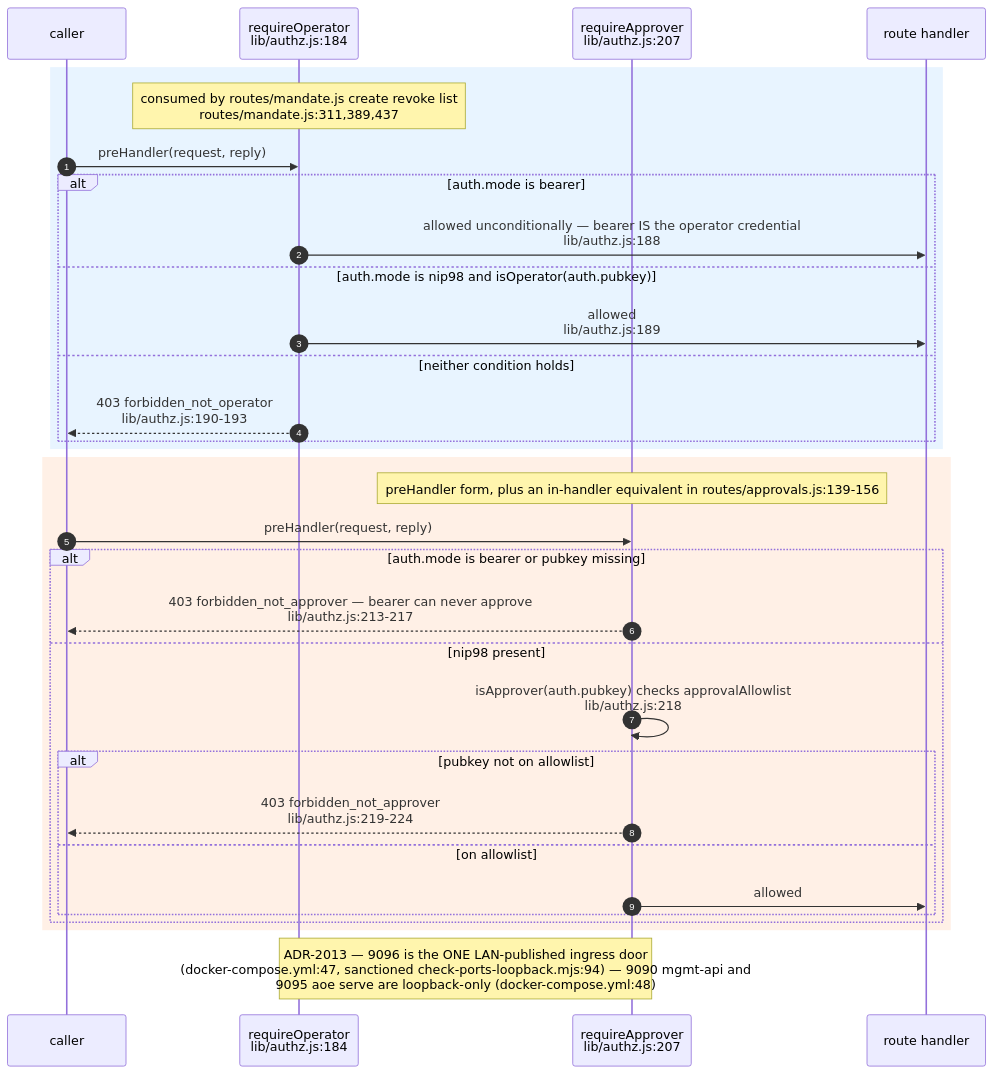
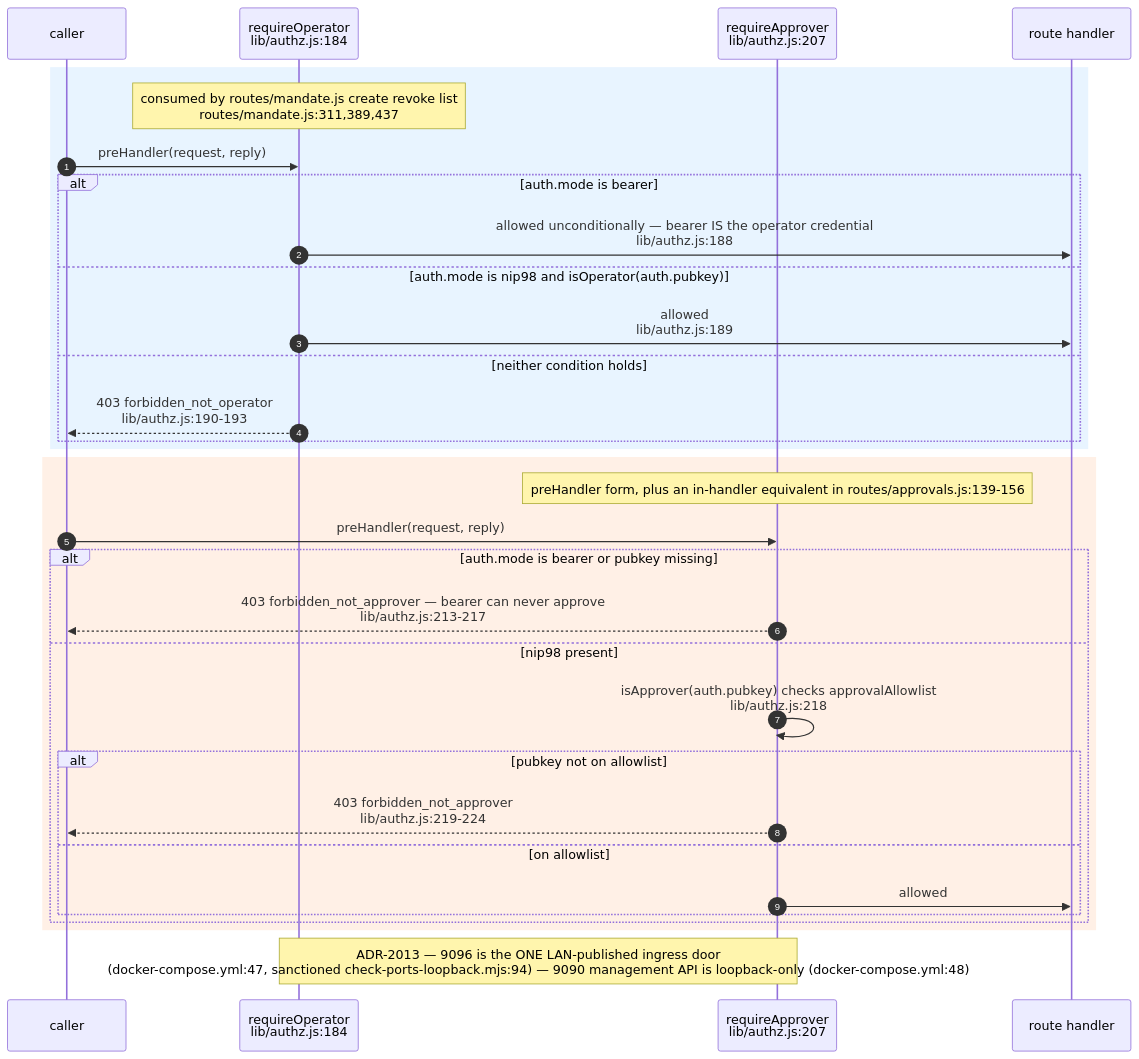
The fifth of 17 diagrams in docs/diagrams/agentbox/03-management-api-request-lifecycle.md (DreamLab-AI/VisionFlow), drawn with Mermaid before and after one commit. The commit also changed other lines of this file and 9 other files, not shown here.

Commit message:
docs: align management, adapter and identity diagrams (#35)

````diff
--- a/docs/diagrams/agentbox/03-management-api-request-lifecycle.md
+++ b/docs/diagrams/agentbox/03-management-api-request-lifecycle.md
@@ -252,36 +252,36 @@
 ```mermaid
 sequenceDiagram
     autonumber
     participant C as caller
     participant RO as requireOperator<br/>lib/authz.js:184
     participant RA as requireApprover<br/>lib/authz.js:207
     participant H as route handler
 
     rect rgb(232,244,255)
     Note over RO: consumed by routes/mandate.js create revoke list<br/>routes/mandate.js:311,389,437
     C->>RO: preHandler(request, reply)
     alt auth.mode is bearer
         RO->>H: allowed unconditionally — bearer IS the operator credential<br/>lib/authz.js:188
     else auth.mode is nip98 and isOperator(auth.pubkey)
         RO->>H: allowed<br/>lib/authz.js:189
     else neither condition holds
         RO-->>C: 403 forbidden_not_operator<br/>lib/authz.js:190-193
     end
     end
 
     rect rgb(255,240,230)
     Note over RA: preHandler form, plus an in-handler equivalent in routes/approvals.js:139-156
     C->>RA: preHandler(request, reply)
     alt auth.mode is bearer or pubkey missing
         RA-->>C: 403 forbidden_not_approver — bearer can never approve<br/>lib/authz.js:213-217
     else nip98 present
         RA->>RA: isApprover(auth.pubkey) checks approvalAllowlist<br/>lib/authz.js:218
         alt pubkey not on allowlist
             RA-->>C: 403 forbidden_not_approver<br/>lib/authz.js:219-224
         else on allowlist
             RA->>H: allowed
         end
     end
     end
-    Note over RO,RA: ADR-2013 — 9096 is the ONE LAN-published ingress door<br/>(docker-compose.yml:47, sanctioned check-ports-loopback.mjs:94) — 9090 mgmt-api and<br/>9095 aoe serve are loopback-only (docker-compose.yml:48)
+    Note over RO,RA: ADR-2013 — 9096 is the ONE LAN-published ingress door<br/>(docker-compose.yml:47, sanctioned check-ports-loopback.mjs:94) — 9090 management API is loopback-only (docker-compose.yml:48)
 ```
````
